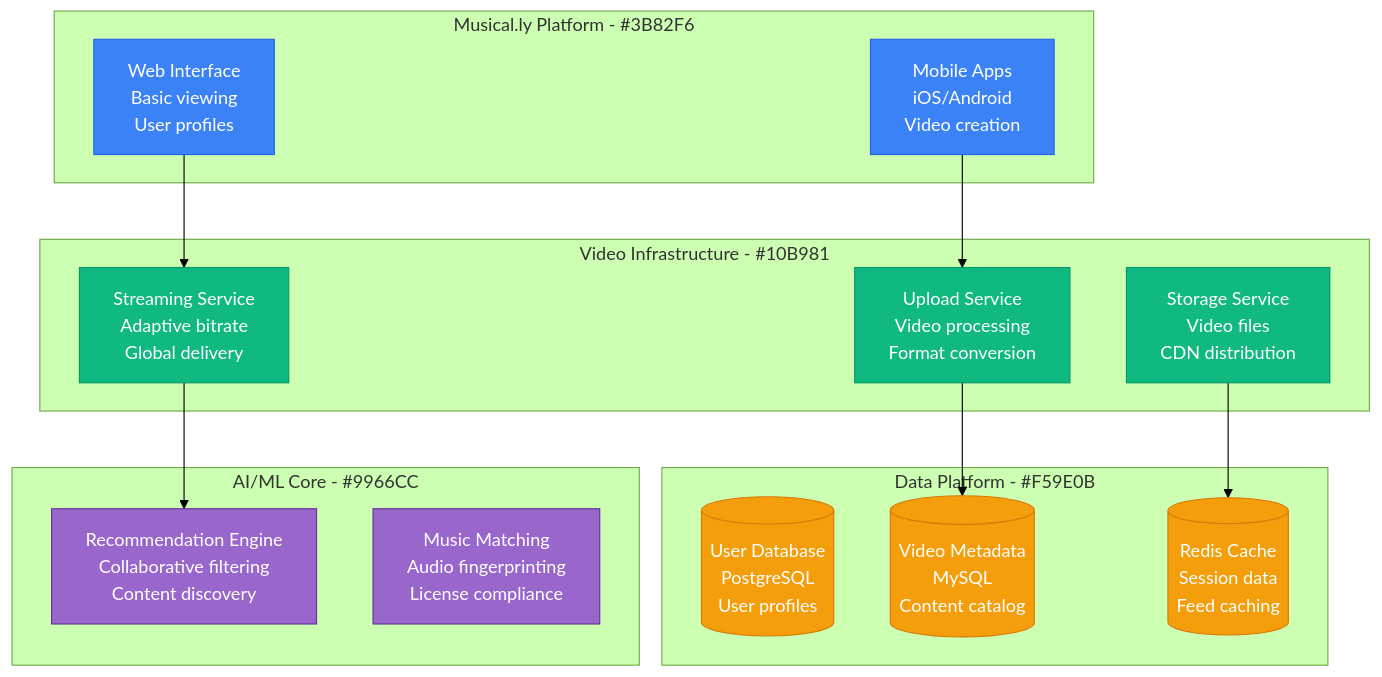
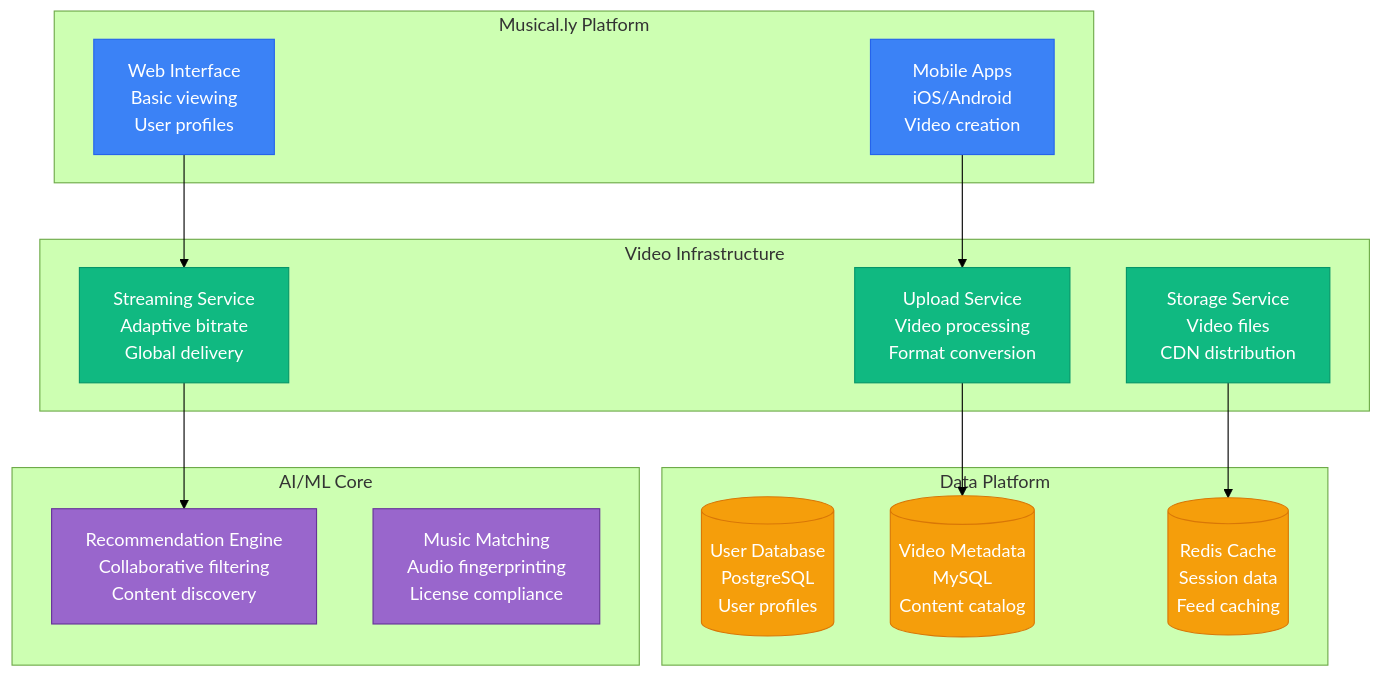
The first of 3 diagrams in site/docs/scaling/tiktok-scale-evolution.md (deepaucksharma/DS), drawn with Mermaid (forest theme) before and after one commit. The commit also changed other lines of this file and 169 other files, not shown here.

````diff
--- a/site/docs/scaling/tiktok-scale-evolution.md
+++ b/site/docs/scaling/tiktok-scale-evolution.md
@@ -18,40 +18,40 @@
 ```mermaid
 graph TB
-    subgraph CorePlatform[Musical.ly Platform - #3B82F6]
+    subgraph CorePlatform["Musical.ly Platform"]
         MOBILE_APP[Mobile Apps<br/>iOS/Android<br/>Video creation]
         WEB_INTERFACE[Web Interface<br/>Basic viewing<br/>User profiles]
     end
 
-    subgraph VideoInfra[Video Infrastructure - #10B981]
+    subgraph VideoInfra["Video Infrastructure"]
         UPLOAD_SVC[Upload Service<br/>Video processing<br/>Format conversion]
         STORAGE_SVC[Storage Service<br/>Video files<br/>CDN distribution]
         STREAMING_SVC[Streaming Service<br/>Adaptive bitrate<br/>Global delivery]
     end
 
-    subgraph DataPlatform[Data Platform - #F59E0B]
+    subgraph DataPlatform["Data Platform"]
         USER_DB[(User Database<br/>PostgreSQL<br/>User profiles)]
         VIDEO_DB[(Video Metadata<br/>MySQL<br/>Content catalog)]
         REDIS_CACHE[(Redis Cache<br/>Session data<br/>Feed caching)]
     end
 
-    subgraph AICore[AI/ML Core - #9966CC]
+    subgraph AICore["AI/ML Core"]
         RECOMMENDATION[Recommendation Engine<br/>Collaborative filtering<br/>Content discovery]
         MUSIC_MATCHING[Music Matching<br/>Audio fingerprinting<br/>License compliance]
     end
 
     MOBILE_APP --> UPLOAD_SVC
     WEB_INTERFACE --> STREAMING_SVC
     UPLOAD_SVC --> VIDEO_DB
     STORAGE_SVC --> REDIS_CACHE
     STREAMING_SVC --> RECOMMENDATION
 
     classDef platformStyle fill:#3B82F6,stroke:#2563EB,color:#fff
     classDef infraStyle fill:#10B981,stroke:#059669,color:#fff
     classDef dataStyle fill:#F59E0B,stroke:#D97706,color:#fff
     classDef aiStyle fill:#9966CC,stroke:#663399,color:#fff
 
     class MOBILE_APP,WEB_INTERFACE platformStyle
     class UPLOAD_SVC,STORAGE_SVC,STREAMING_SVC infraStyle
     class USER_DB,VIDEO_DB,REDIS_CACHE dataStyle
     class RECOMMENDATION,MUSIC_MATCHING aiStyle
 ```
````
